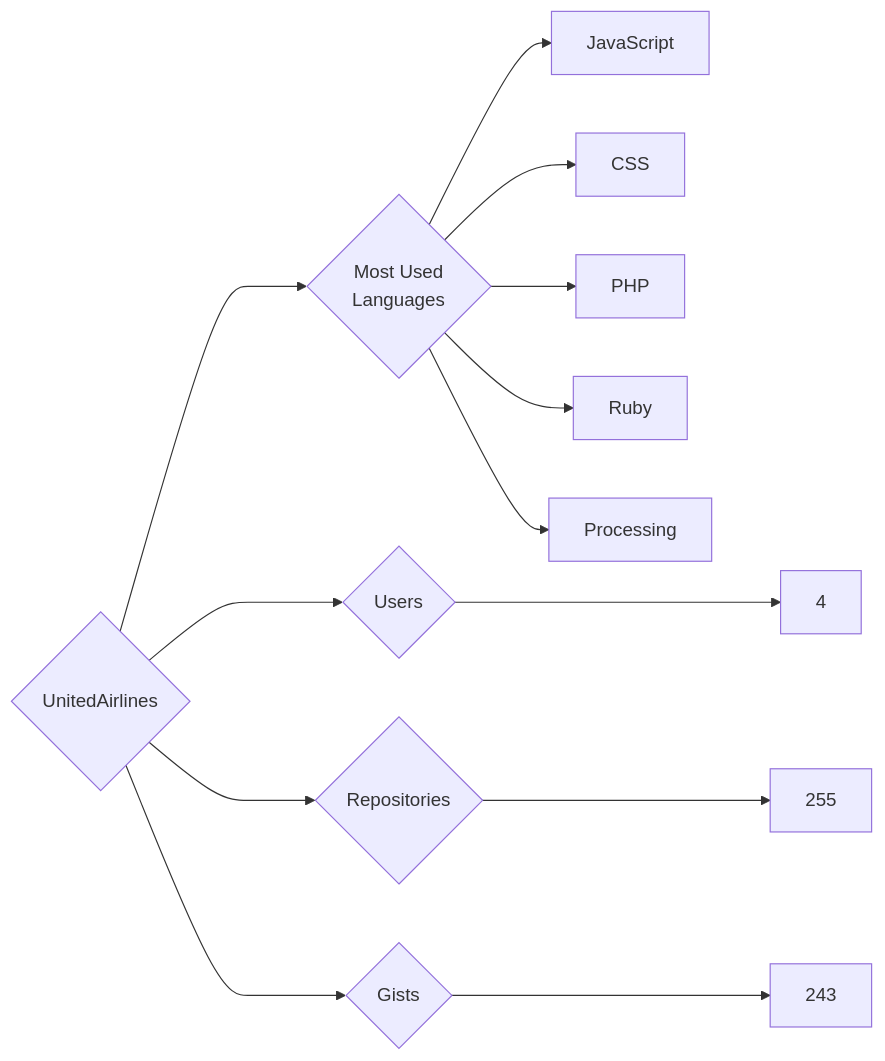
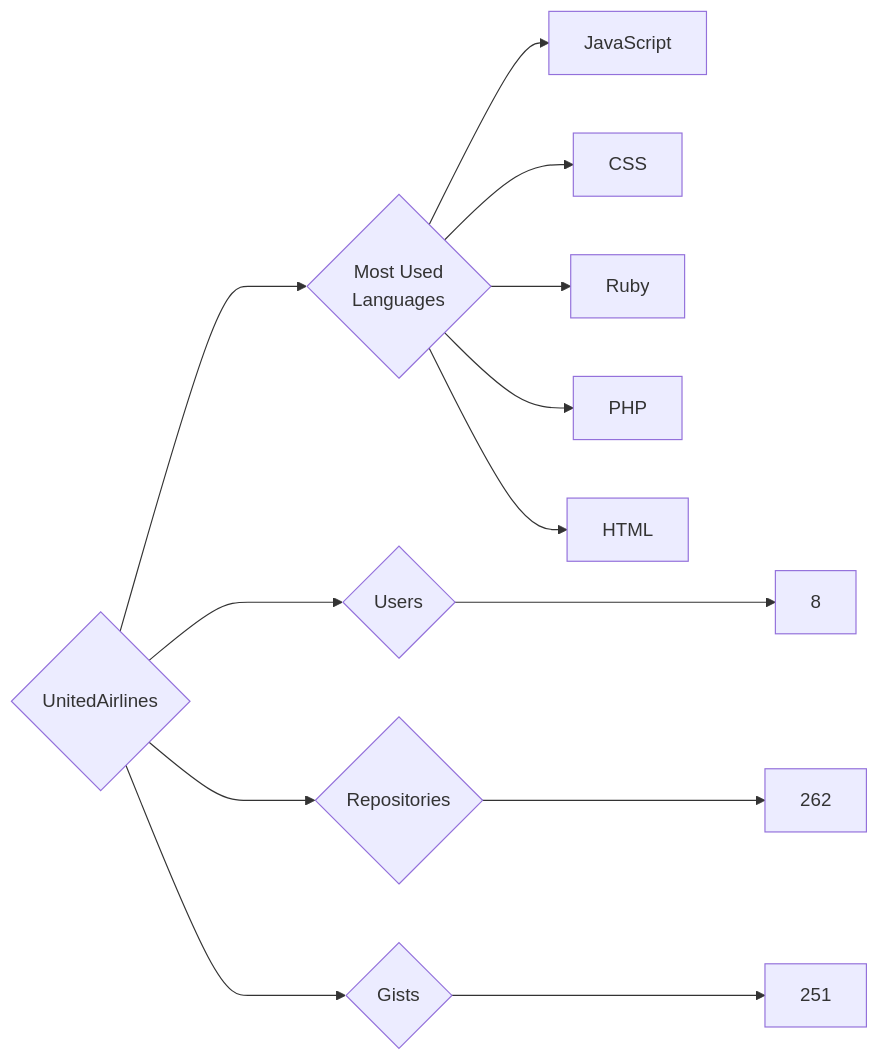
The diagram in targets/UnitedAirlines/README.md (trickest/insiders), drawn with Mermaid before and after one commit. The commit also changed 1508 other files, not shown here.

````diff
--- a/targets/UnitedAirlines/README.md
+++ b/targets/UnitedAirlines/README.md
@@ -3,13 +3,13 @@
 ```mermaid
 graph LR
 COMPANY_NAME{UnitedAirlines}
-COMPANY_NAME ---> U{Users} ---> UN[4]
-COMPANY_NAME ---> R{Repositories} ---> RN[255]
-COMPANY_NAME ---> G{Gists} ---> GN[243]
+COMPANY_NAME ---> U{Users} ---> UN[8]
+COMPANY_NAME ---> R{Repositories} ---> RN[262]
+COMPANY_NAME ---> G{Gists} ---> GN[251]
 COMPANY_NAME ---> ML{Most Used<br>Languages}
 ML --> JavaScript[JavaScript]
 ML --> CSS[CSS]
+ML --> Ruby[Ruby]
 ML --> PHP[PHP]
-ML --> Ruby[Ruby]
-ML --> Processing[Processing]
+ML --> HTML[HTML]
 ```
````
